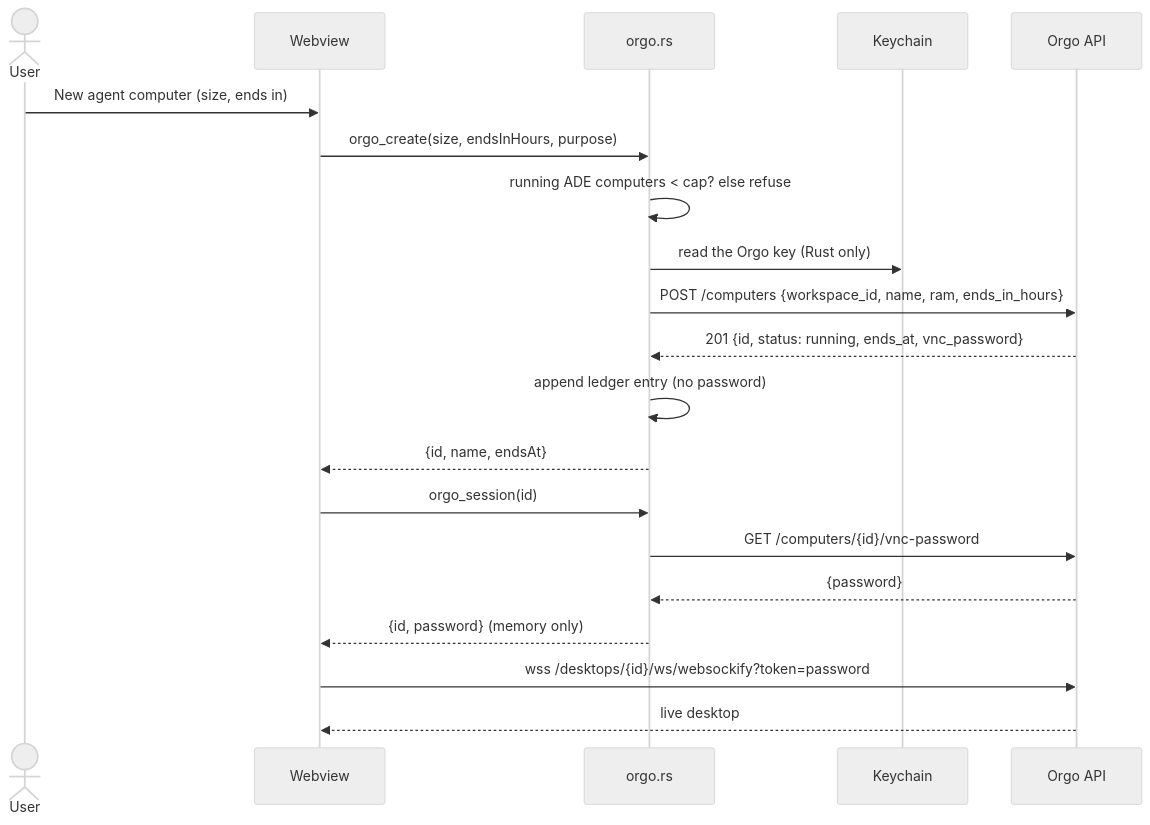
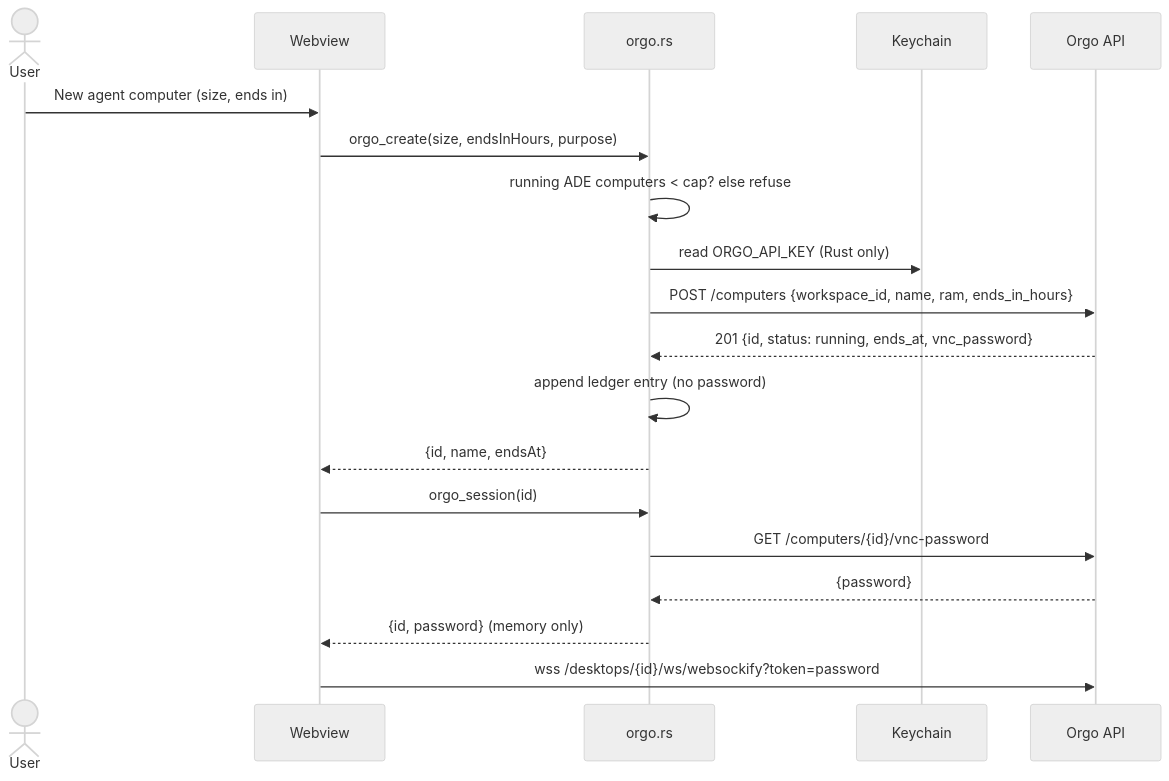
The third of 3 diagrams in _bmad-output/plan-orgo-agent-computers.md (alvin-reyes/better-agentic-ide), drawn with Mermaid (neutral theme) before and after one commit. The commit also changed other lines of this file, not shown here.

Commit message:
Plan: Orgo CLI story and Continuous-mode hard stop (review round 2)

````diff
--- a/_bmad-output/plan-orgo-agent-computers.md
+++ b/_bmad-output/plan-orgo-agent-computers.md
@@ -361,22 +548,21 @@
 ```mermaid
 sequenceDiagram
   actor U as User
   participant W as Webview
   participant R as orgo.rs
   participant K as Keychain
   participant O as Orgo API
   U->>W: New agent computer (size, ends in)
   W->>R: orgo_create(size, endsInHours, purpose)
   R->>R: running ADE computers < cap? else refuse
-  R->>K: read the Orgo key (Rust only)
+  R->>K: read ORGO_API_KEY (Rust only)
   R->>O: POST /computers {workspace_id, name, ram, ends_in_hours}
   O-->>R: 201 {id, status: running, ends_at, vnc_password}
   R->>R: append ledger entry (no password)
   R-->>W: {id, name, endsAt}
   W->>R: orgo_session(id)
   R->>O: GET /computers/{id}/vnc-password
   O-->>R: {password}
   R-->>W: {id, password} (memory only)
   W->>O: wss /desktops/{id}/ws/websockify?token=password
-  O-->>W: live desktop
 ```
````
